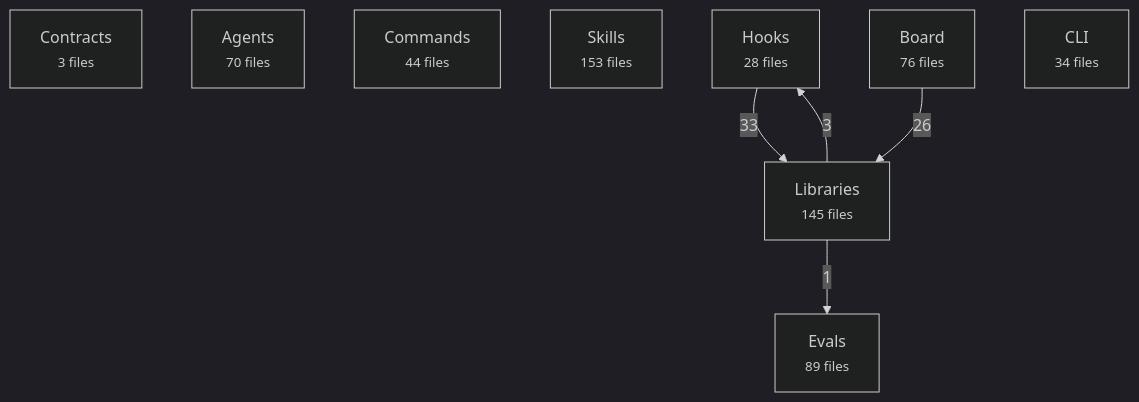
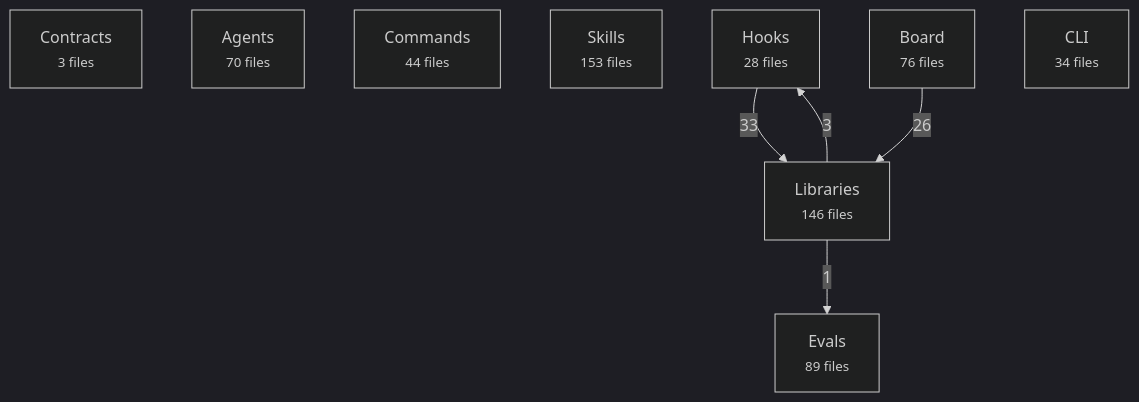
Before and after one commit to avelikiy/great_cto: the first of 2 diagrams in docs/reference/architecture-map.md, drawn with Mermaid (dark theme). The commit also changed other lines of this file and 9 other files, not shown here.

````diff
--- a/docs/reference/architecture-map.md
+++ b/docs/reference/architecture-map.md
@@ -20,16 +20,16 @@
 ```mermaid
 flowchart TD
   contracts["Contracts<br/><small>3 files</small>"]
   agents["Agents<br/><small>70 files</small>"]
   commands["Commands<br/><small>44 files</small>"]
   skills["Skills<br/><small>153 files</small>"]
   hooks["Hooks<br/><small>28 files</small>"]
-  libs["Libraries<br/><small>145 files</small>"]
+  libs["Libraries<br/><small>146 files</small>"]
   board["Board<br/><small>76 files</small>"]
   cli["CLI<br/><small>34 files</small>"]
   evals["Evals<br/><small>89 files</small>"]
   hooks -->|33| libs
   board -->|26| libs
   libs -->|3| hooks
   libs -->|1| evals
 ```
````
